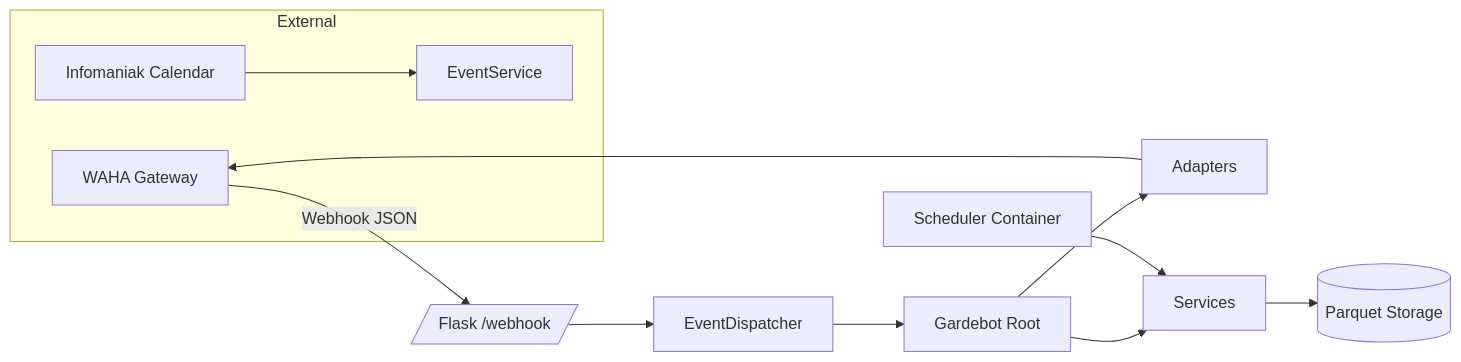
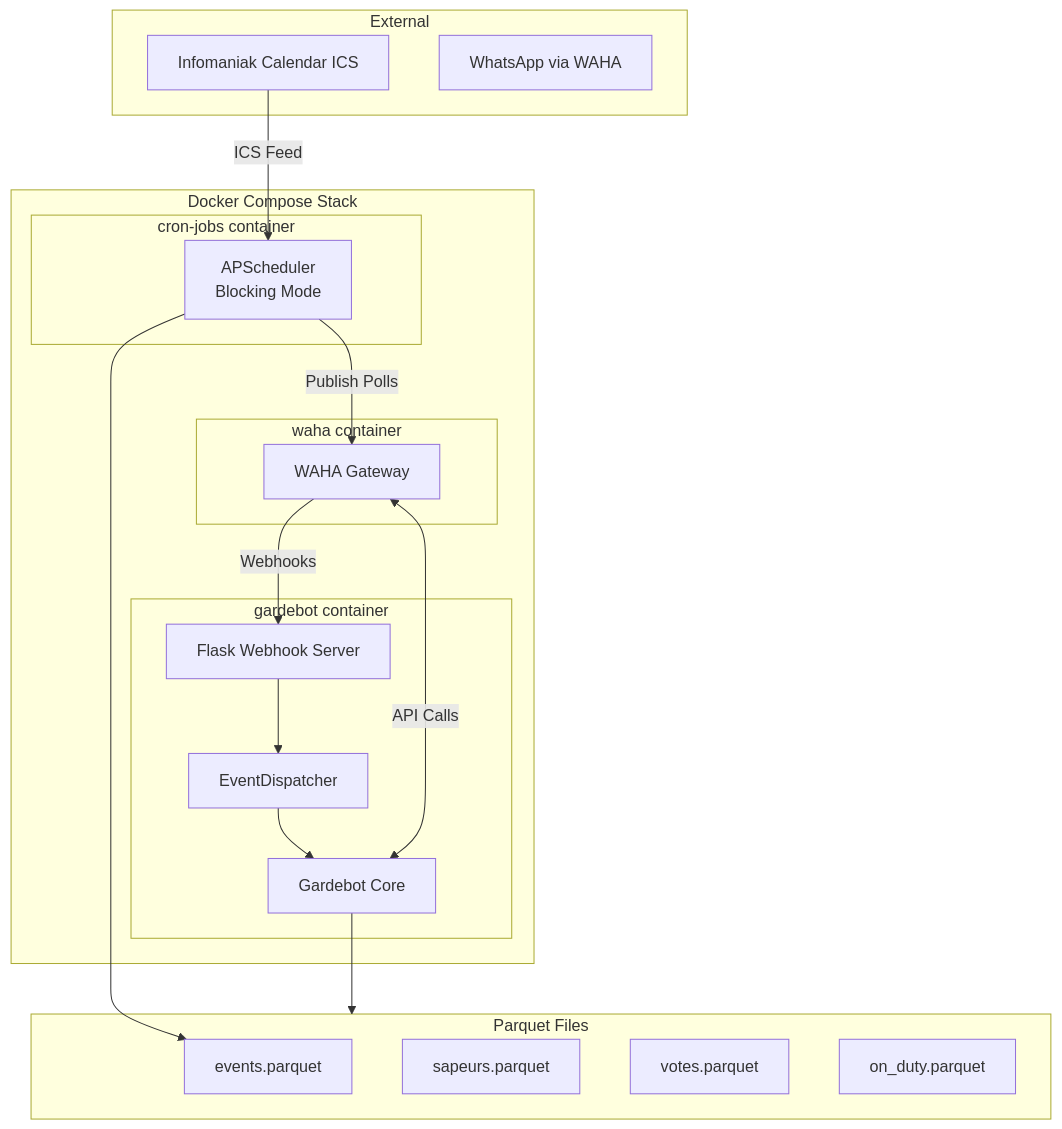
One commit to Gardebot/Gardebot changed the first of 5 diagrams in README.md. Above: the diagram before and after it, drawn with Mermaid. The commit also changed other lines of this file, not shown here.

````diff
--- a/README.md
+++ b/README.md
@@ -18,15 +21,39 @@
 ```mermaid
-flowchart LR
+flowchart TB
     subgraph External
-      Cal[Infomaniak Calendar] --> EventService
-      WAHA[WAHA Gateway]
+        Cal[Infomaniak Calendar ICS]
+        WA[WhatsApp via WAHA]
     end
-    WAHA -->|Webhook JSON| WebApp[/Flask /webhook/]
-    WebApp --> Dispatcher[EventDispatcher]
-    Dispatcher --> Core[Gardebot Root]
-    Core --> Adapters
-    Core --> Services
-    Services --> Repositories[(Parquet Storage)]
-    Cron[Scheduler Container] --> Services
-    Adapters --> WAHA
+    
+    subgraph Docker["Docker Compose Stack"]
+        subgraph Cron["cron-jobs container"]
+            Scheduler[APScheduler<br/>Blocking Mode]
+        end
+        
+        subgraph App["gardebot container"]
+            Flask[Flask Webhook Server]
+            Dispatcher[EventDispatcher]
+            Core[Gardebot Core]
+        end
+        
+        subgraph Gateway["waha container"]
+            WAHA[WAHA Gateway]
+        end
+    end
+    
+    subgraph Storage["Parquet Files"]
+        Events[events.parquet]
+        Sapeurs[sapeurs.parquet]
+        Votes[votes.parquet]
+        OnDuty[on_duty.parquet]
+    end
+    
+    Cal -->|ICS Feed| Scheduler
+    Scheduler --> Events
+    Scheduler -->|Publish Polls| WAHA
+    WAHA -->|Webhooks| Flask
+    Flask --> Dispatcher
+    Dispatcher --> Core
+    Core --> Storage
+    WAHA <-->|API Calls| Core
 ```
````
